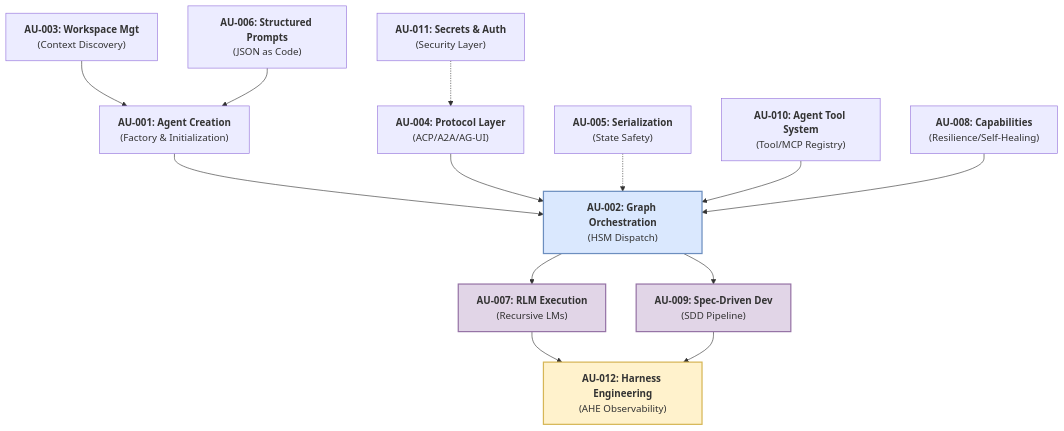
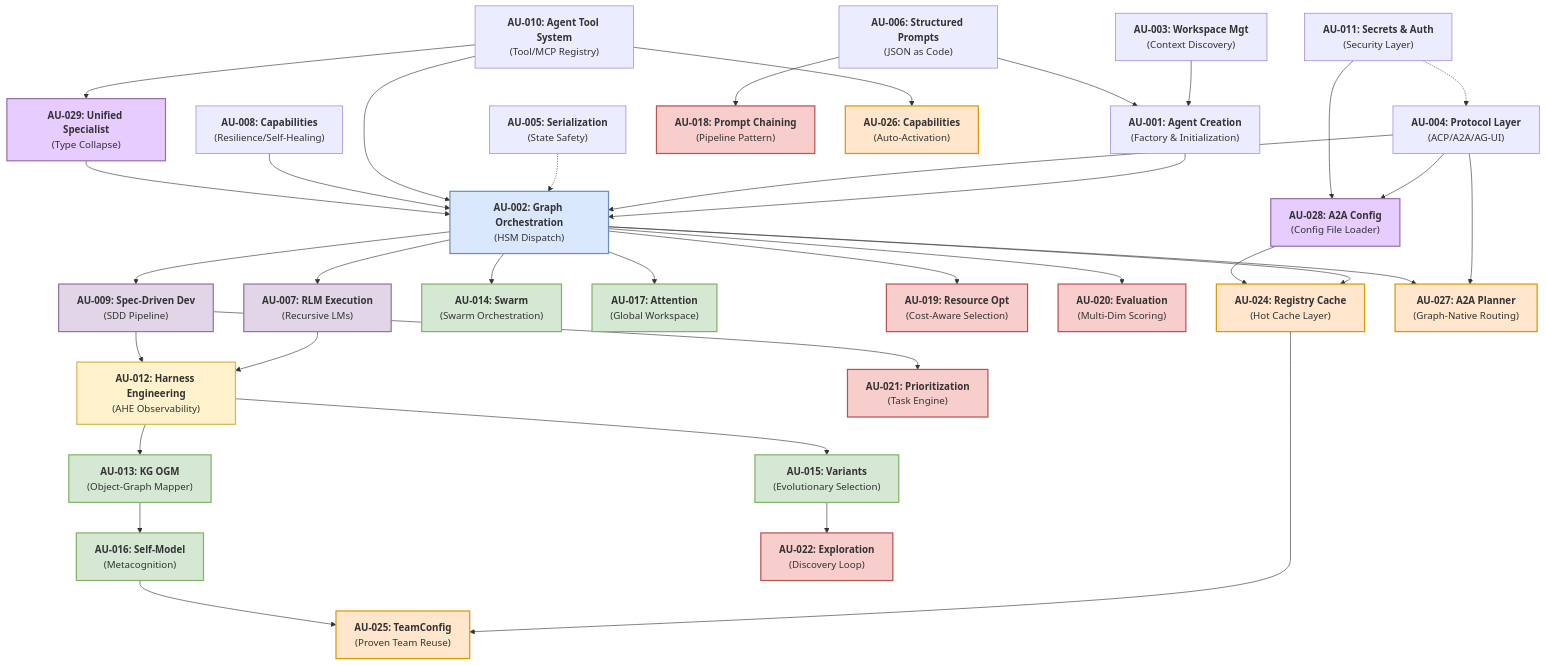
Before and after one commit to Knuckles-Team/agent-utilities: the first of 2 diagrams in docs/overview.md, drawn with Mermaid. The commit also changed other lines of this file and 210 other files, not shown here.

````diff
--- a/docs/overview.md
+++ b/docs/overview.md
@@ -45,4 +45,71 @@
     style AU007 fill:#e1d5e7,stroke:#9673a6,stroke-width:2px
     style AU009 fill:#e1d5e7,stroke:#9673a6,stroke-width:2px
     style AU012 fill:#fff2cc,stroke:#d6b656,stroke-width:2px
+
+    %% Emergent Architecture (AU-013 to AU-017)
+    AU013["<b>AU-013: KG OGM</b><br/>(Object-Graph Mapper)"]
+    AU014["<b>AU-014: Swarm</b><br/>(Swarm Orchestration)"]
+    AU015["<b>AU-015: Variants</b><br/>(Evolutionary Selection)"]
+    AU016["<b>AU-016: Self-Model</b><br/>(Metacognition)"]
+    AU017["<b>AU-017: Attention</b><br/>(Global Workspace)"]
+
+    %% Agentic Design Patterns (AU-018 to AU-022)
+    AU018["<b>AU-018: Prompt Chaining</b><br/>(Pipeline Pattern)"]
+    AU019["<b>AU-019: Resource Opt</b><br/>(Cost-Aware Selection)"]
+    AU020["<b>AU-020: Evaluation</b><br/>(Multi-Dim Scoring)"]
+    AU021["<b>AU-021: Prioritization</b><br/>(Task Engine)"]
+    AU022["<b>AU-022: Exploration</b><br/>(Discovery Loop)"]
+
+    %% Emergent relationships
+    AU012 --> AU013
+    AU012 --> AU015
+    AU002 --> AU014
+    AU013 --> AU016
+    AU002 --> AU017
+
+    %% Design Patterns relationships
+    AU006 --> AU018
+    AU002 --> AU019
+    AU002 --> AU020
+    AU009 --> AU021
+    AU015 --> AU022
+
+    %% First Principles Architecture (AU-024 to AU-027)
+    AU024["<b>AU-024: Registry Cache</b><br/>(Hot Cache Layer)"]
+    AU025["<b>AU-025: TeamConfig</b><br/>(Proven Team Reuse)"]
+    AU026["<b>AU-026: Capabilities</b><br/>(Auto-Activation)"]
+    AU027["<b>AU-027: A2A Planner</b><br/>(Graph-Native Routing)"]
+
+    %% Unified Specialist & A2A Config (AU-028 to AU-029)
+    AU028["<b>AU-028: A2A Config</b><br/>(Config File Loader)"]
+    AU029["<b>AU-029: Unified Specialist</b><br/>(Type Collapse)"]
+
+    AU002 --> AU024
+    AU024 --> AU025
+    AU016 --> AU025
+    AU010 --> AU026
+    AU004 --> AU027
+    AU002 --> AU027
+    AU004 --> AU028
+    AU011 --> AU028
+    AU028 --> AU024
+    AU010 --> AU029
+    AU029 --> AU002
+
+    style AU013 fill:#d5e8d4,stroke:#82b366,stroke-width:2px
+    style AU014 fill:#d5e8d4,stroke:#82b366,stroke-width:2px
+    style AU015 fill:#d5e8d4,stroke:#82b366,stroke-width:2px
+    style AU016 fill:#d5e8d4,stroke:#82b366,stroke-width:2px
+    style AU017 fill:#d5e8d4,stroke:#82b366,stroke-width:2px
+    style AU018 fill:#f8cecc,stroke:#b85450,stroke-width:2px
+    style AU019 fill:#f8cecc,stroke:#b85450,stroke-width:2px
+    style AU020 fill:#f8cecc,stroke:#b85450,stroke-width:2px
+    style AU021 fill:#f8cecc,stroke:#b85450,stroke-width:2px
+    style AU022 fill:#f8cecc,stroke:#b85450,stroke-width:2px
+    style AU024 fill:#ffe6cc,stroke:#d79b00,stroke-width:2px
+    style AU025 fill:#ffe6cc,stroke:#d79b00,stroke-width:2px
+    style AU026 fill:#ffe6cc,stroke:#d79b00,stroke-width:2px
+    style AU027 fill:#ffe6cc,stroke:#d79b00,stroke-width:2px
+    style AU028 fill:#e6ccff,stroke:#9673a6,stroke-width:2px
+    style AU029 fill:#e6ccff,stroke:#9673a6,stroke-width:2px
 ```
````
